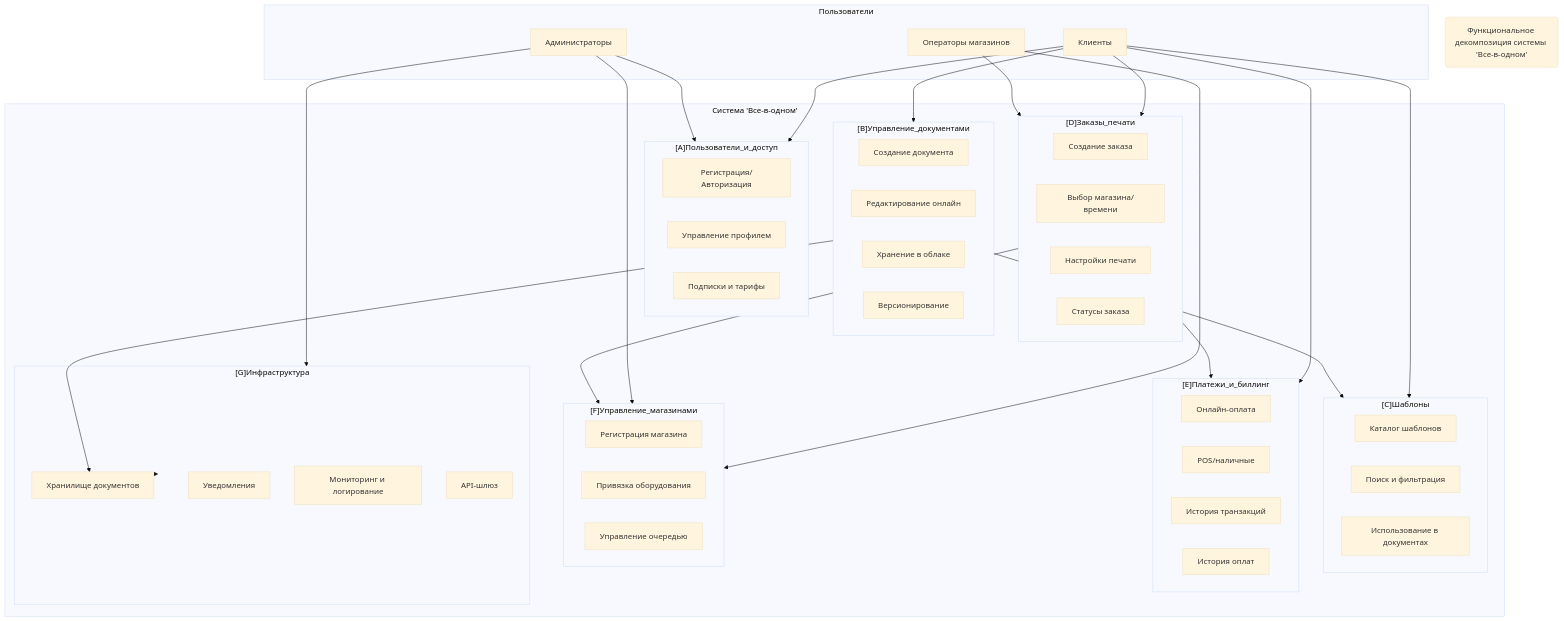
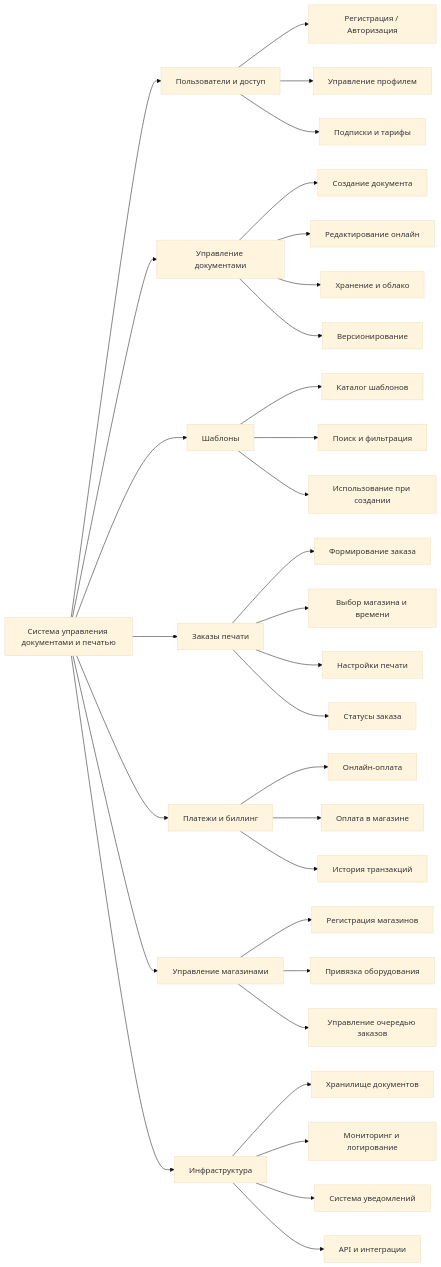
Before and after one commit to EvgenijKobzar/sa-otus: the second of 4 diagrams in docs/home-work-2.md, drawn with Mermaid (base theme). The commit also changed other lines of this file, not shown here.

````diff
--- a/docs/home-work-2.md
+++ b/docs/home-work-2.md
@@ -92,84 +89,43 @@
 ```mermaid
----
-config:
-  flowchart:
-    curve: bump
----
+flowchart LR
+    A[Система управления документами и печатью] 
+    A --> B[Пользователи и доступ]
+    A --> C[Управление документами]
+    A --> D[Шаблоны]
+    A --> E[Заказы печати]
+    A --> F[Платежи и биллинг]
+    A --> G[Управление магазинами]
+    A --> H[Инфраструктура]
 
-flowchart TB
-    title("Функциональное декомпозиция системы 'Все-в-одном'")
-    subgraph Users["Пользователи"]
-        U1[Клиенты]
-        U2[Операторы магазинов]
-        U3[Администраторы]
-    end
+    B --> B1[Регистрация / Авторизация]
+    B --> B2[Управление профилем]
+    B --> B3[Подписки и тарифы]
 
-    subgraph System["Система 'Все-в-одном'"]
-        subgraph A["[A]Пользователи_и_доступ"]
-            A1[Регистрация/Авторизация]
-            A2[Управление профилем]
-            A3[Подписки и тарифы]
-        end
+    C --> C1[Создание документа]
+    C --> C2[Редактирование онлайн]
+    C --> C3[Хранение и облако]
+    C --> C4[Версионирование]
 
-        subgraph B["[B]Управление_документами"]
-            B1[Создание документа]
-            B2[Редактирование онлайн]
-            B3[Хранение в облаке]
-            B4[Версионирование]
-        end
+    D --> D1[Каталог шаблонов]
+    D --> D2[Поиск и фильтрация]
+    D --> D3[Использование при создании]
 
-        subgraph C["[C]Шаблоны"]
-            C1[Каталог шаблонов]
-            C2[Поиск и фильтрация]
-            C3[Использование в документах]
-        end
+    E --> E1[Формирование заказа]
+    E --> E2[Выбор магазина и времени]
+    E --> E3[Настройки печати]
+    E --> E4[Статусы заказа]
 
-        subgraph D["[D]Заказы_печати"]
-            D1[Создание заказа]
-            D2[Выбор магазина/времени]
-            D3[Настройки печати]
-            D4[Статусы заказа]
-        end
+    F --> F1[Онлайн-оплата]
+    F --> F2[Оплата в магазине]
+    F --> F3[История транзакций]
 
-        subgraph E["[E]Платежи_и_биллинг"]
-            E1[Онлайн-оплата]
-            E2[POS/наличные]
-            E3[История транзакций]
-            E4[История оплат]
-        end
+    G --> G1[Регистрация магазинов]
+    G --> G2[Привязка оборудования]
+    G --> G3[Управление очередью заказов]
 
-        subgraph F["[F]Управление_магазинами"]
-            F1[Регистрация магазина]
-            F2[Привязка оборудования]
-            F3[Управление очередью]
-        end
-
-        subgraph G["[G]Инфраструктура"]
-            G1[Хранилище документов]
-            G2[Уведомления]
-            G3[Мониторинг и логирование]
-            G4[API-шлюз]
-        end
-    end
-
-%% Взаимосвязи
-    U1 --> A
-    U1 --> B
-    U1 --> C
-    U1 --> D
-    U1 --> E
-
-    U2 --> D
-    U2 --> F
-
-    U3 --> A
-    U3 --> F
-    U3 --> G
-
-    D --> E
-    D --> F
-    B --> C
-    B --> G1
-    System --> G
+    H --> H1[Хранилище документов]
+    H --> H2[Мониторинг и логирование]
+    H --> H3[Система уведомлений]
+    H --> H4[API и интеграции]
 
 ```
````
